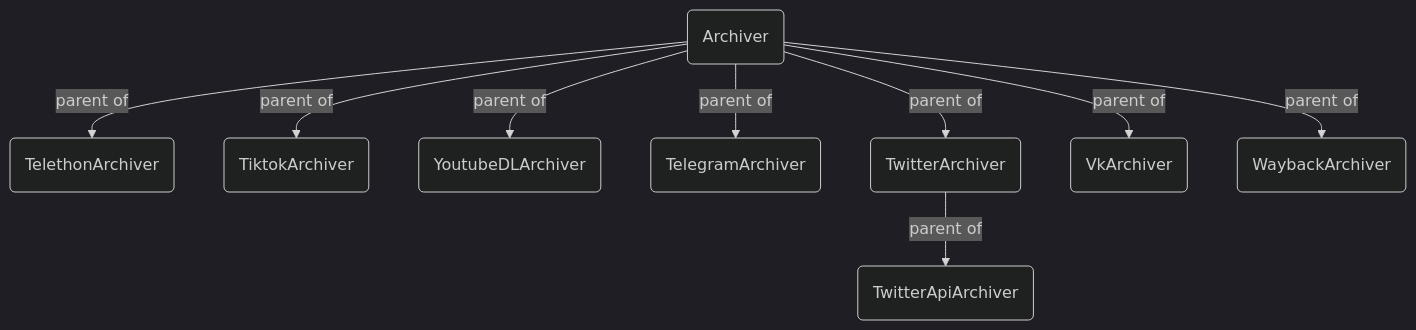
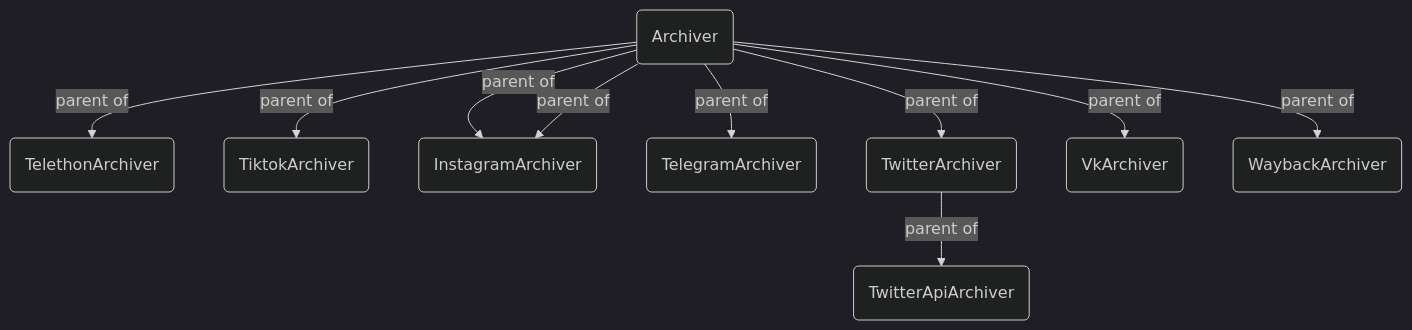
One commit to bellingcat/auto-archiver changed the first of 2 diagrams in README.md. Above: the diagram before and after it, drawn with Mermaid (dark theme).

Commit message:
readme updates

````diff
--- a/README.md
+++ b/README.md
@@ -166,11 +166,12 @@
 ```mermaid
 graph TD
     A(Archiver) -->|parent of| B(TelethonArchiver)
     A -->|parent of| C(TiktokArchiver)
     A -->|parent of| D(YoutubeDLArchiver)
+    A -->|parent of| D(InstagramArchiver)
     A -->|parent of| E(TelegramArchiver)
     A -->|parent of| F(TwitterArchiver)
     A -->|parent of| G(VkArchiver)
     A -->|parent of| H(WaybackArchiver)
     F -->|parent of| I(TwitterApiArchiver)
 ```
````
